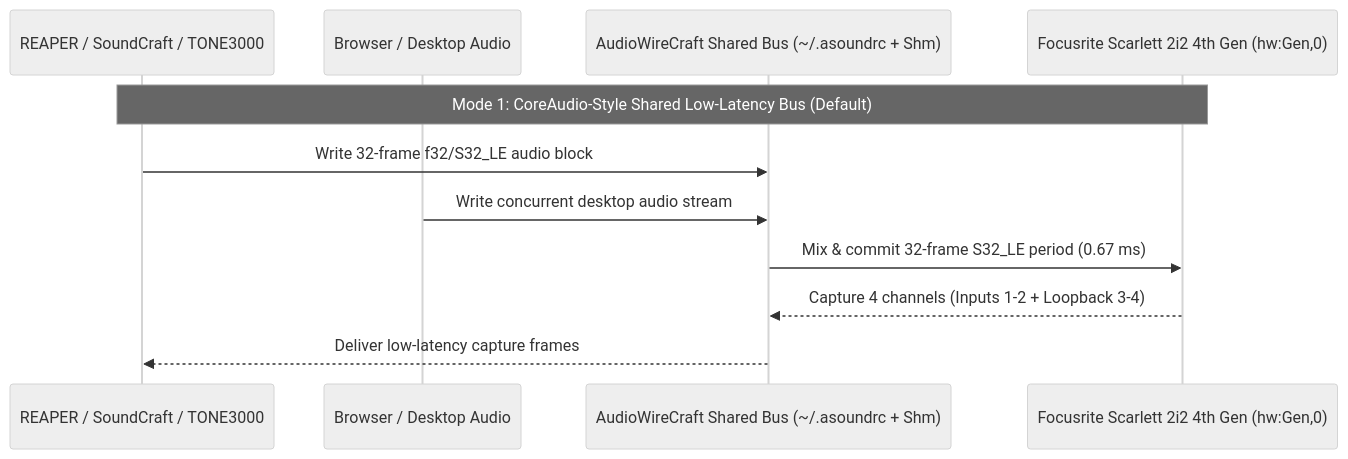
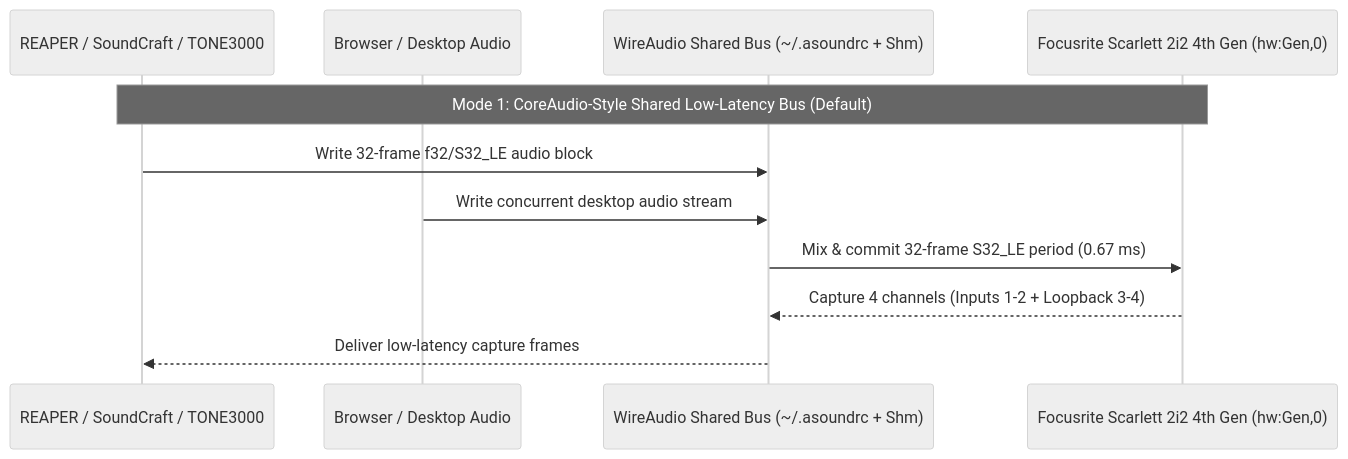
One commit to ansromanov/wireaudio changed the second of 2 diagrams in docs/ARCHITECTURE.md. Above: the diagram before and after it, drawn with Mermaid (neutral theme). The commit also changed other lines of this file and 22 other files, not shown here.

````diff
--- a/docs/ARCHITECTURE.md
+++ b/docs/ARCHITECTURE.md
@@ -91,14 +91,14 @@
 ```mermaid
 sequenceDiagram
     participant DAW as REAPER / SoundCraft / TONE3000
     participant Sys as Browser / Desktop Audio
-    participant AWC as AudioWireCraft Shared Bus (~/.asoundrc + Shm)
+    participant WA as WireAudio Shared Bus (~/.asoundrc + Shm)
     participant HW as Focusrite Scarlett 2i2 4th Gen (hw:Gen,0)
 
     Note over DAW,HW: Mode 1: CoreAudio-Style Shared Low-Latency Bus (Default)
-    DAW->>AWC: Write 32-frame f32/S32_LE audio block
-    Sys->>AWC: Write concurrent desktop audio stream
-    AWC->>HW: Mix & commit 32-frame S32_LE period (0.67 ms)
-    HW-->>AWC: Capture 4 channels (Inputs 1-2 + Loopback 3-4)
-    AWC-->>DAW: Deliver low-latency capture frames
+    DAW->>WA: Write 32-frame f32/S32_LE audio block
+    Sys->>WA: Write concurrent desktop audio stream
+    WA->>HW: Mix & commit 32-frame S32_LE period (0.67 ms)
+    HW-->>WA: Capture 4 channels (Inputs 1-2 + Loopback 3-4)
+    WA-->>DAW: Deliver low-latency capture frames
 ```
````
